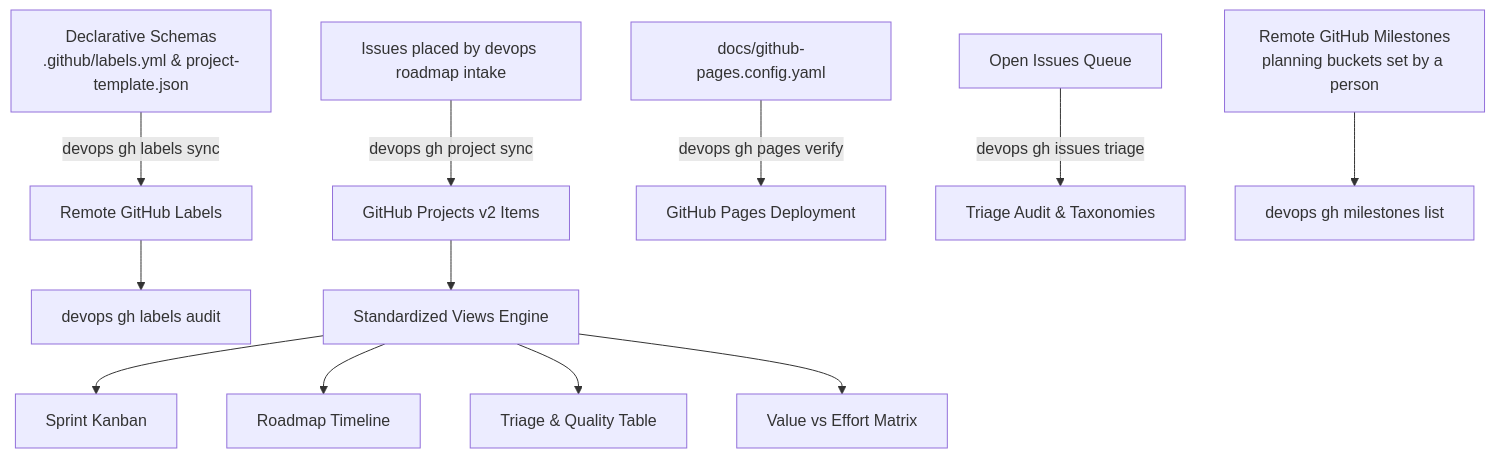
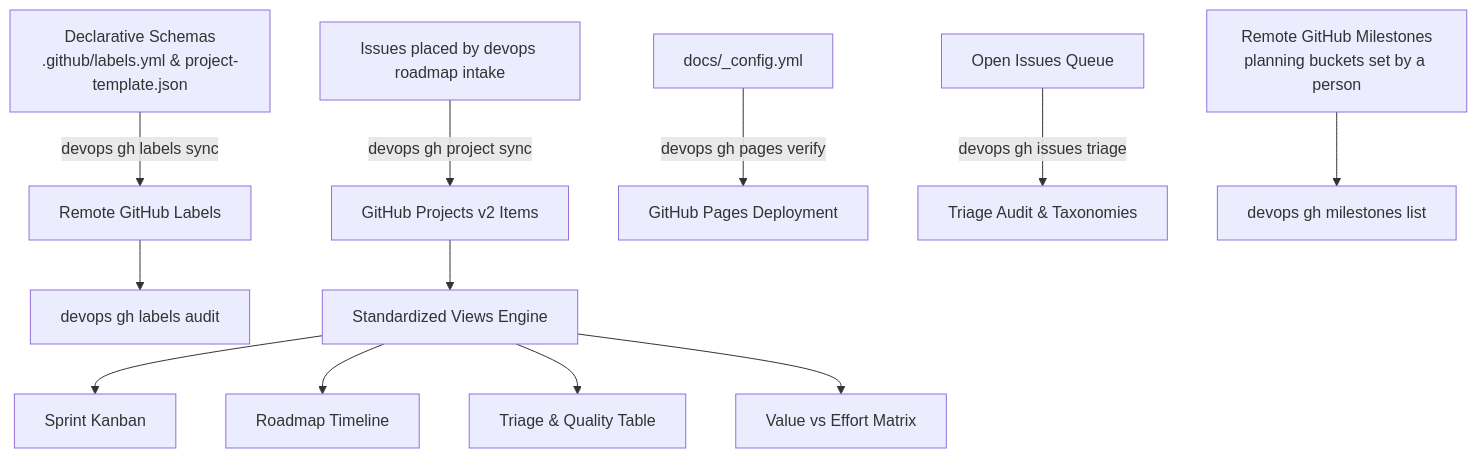
One commit to dan-petty/devops-cli changed the diagram in src/devops_cli/ai/knowledge_base/devops_cli/tasks/github_project_management.md. Above: the diagram before and after it, drawn with Mermaid. The commit also changed other lines of this file and 11 other files, not shown here.

First line of the commit message:
fix(docs): the Pages build applies the site settings, which live in docs/_config.yml only

````diff
--- a/src/devops_cli/ai/knowledge_base/devops_cli/tasks/github_project_management.md
+++ b/src/devops_cli/ai/knowledge_base/devops_cli/tasks/github_project_management.md
@@ -17,14 +17,14 @@
 ```mermaid
 graph TD
     A[Declarative Schemas<br/>.github/labels.yml & project-template.json] -->|devops gh labels sync| B[Remote GitHub Labels]
     E[Issues placed by devops roadmap intake] -->|devops gh project sync| F[GitHub Projects v2 Items]
-    G[docs/github-pages.config.yaml] -->|devops gh pages verify| H[GitHub Pages Deployment]
+    G[docs/_config.yml] -->|devops gh pages verify| H[GitHub Pages Deployment]
     I[Open Issues Queue] -->|devops gh issues triage| J[Triage Audit & Taxonomies]
     B --> K[devops gh labels audit]
     D[Remote GitHub Milestones<br/>planning buckets set by a person] --> L[devops gh milestones list]
     F --> M[Standardized Views Engine]
     M --> N[Sprint Kanban]
     M --> O[Roadmap Timeline]
     M --> P[Triage & Quality Table]
     M --> Q[Value vs Effort Matrix]
 ```
````
